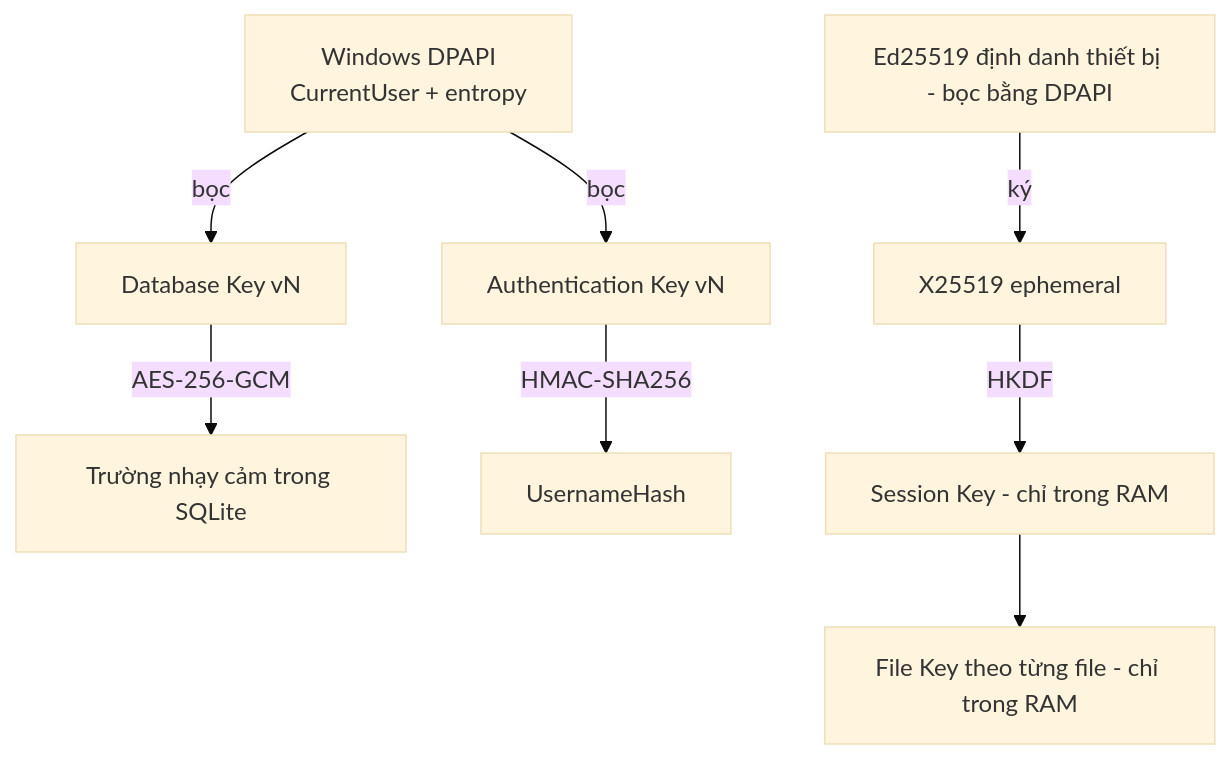
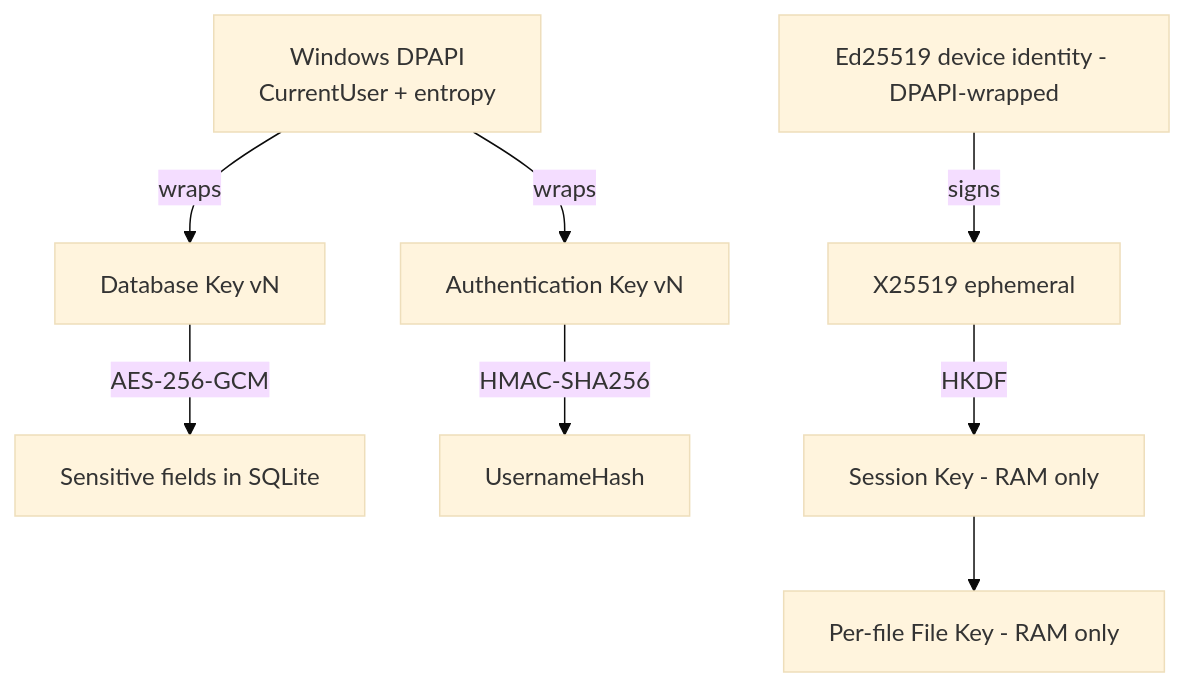
The first of 2 diagrams in docs/04-Security.md (DungAnDuong/Remote-Destop-Manager), drawn with Mermaid (base theme) before and after one commit. The commit also changed other lines of this file and 7 other files, not shown here.

````diff
--- a/docs/04-Security.md
+++ b/docs/04-Security.md
@@ -17,10 +17,10 @@
 ```mermaid
 flowchart TB
-  DPAPI[Windows DPAPI<br/>CurrentUser + entropy] -->|bọc| DBK[Database Key vN]
-  DPAPI -->|bọc| AUK[Authentication Key vN]
-  DBK -->|AES-256-GCM| F[Trường nhạy cảm trong SQLite]
+  DPAPI[Windows DPAPI<br/>CurrentUser + entropy] -->|wraps| DBK[Database Key vN]
+  DPAPI -->|wraps| AUK[Authentication Key vN]
+  DBK -->|AES-256-GCM| F[Sensitive fields in SQLite]
   AUK -->|HMAC-SHA256| UH[UsernameHash]
-  EPH[X25519 ephemeral] -->|HKDF| SK[Session Key - chỉ trong RAM]
-  SK --> FK[File Key theo từng file - chỉ trong RAM]
-  ID[Ed25519 định danh thiết bị - bọc bằng DPAPI] -->|ký| EPH
+  EPH[X25519 ephemeral] -->|HKDF| SK[Session Key - RAM only]
+  SK --> FK[Per-file File Key - RAM only]
+  ID[Ed25519 device identity - DPAPI-wrapped] -->|signs| EPH
 ```
````
